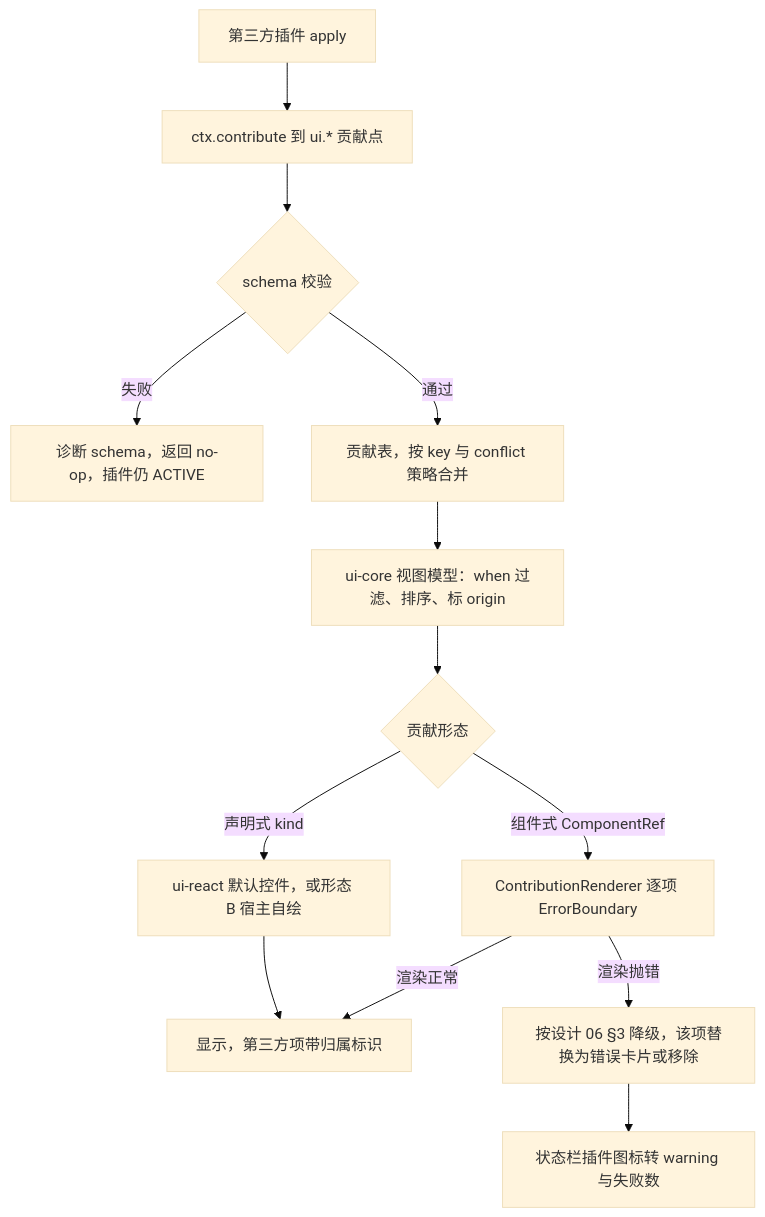
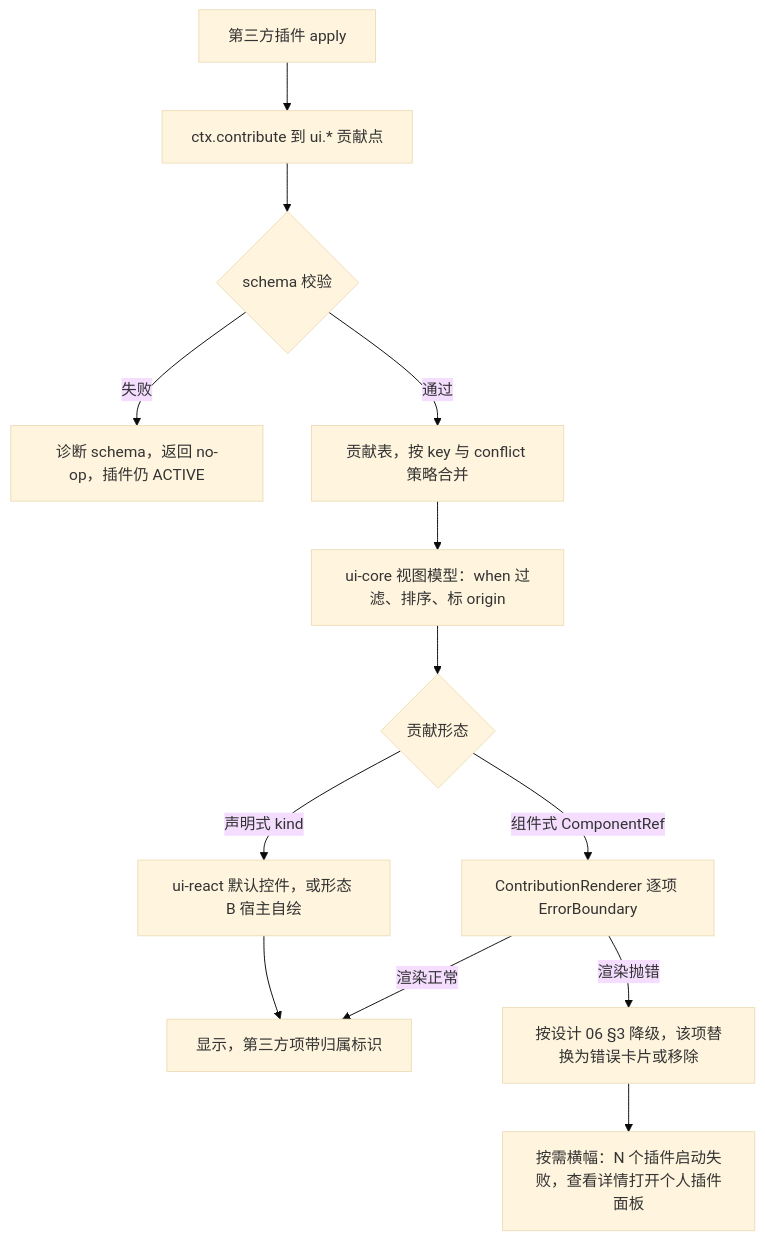
The seventh of 8 diagrams in docs/50-frontend/03-preset-assembly-and-plugins.md (Xeonice/cordis-ppt-editor), drawn with Mermaid (base theme) before and after one commit. The commit also changed other lines of this file and 25 other files, not shown here.

````diff
--- a/docs/50-frontend/03-preset-assembly-and-plugins.md
+++ b/docs/50-frontend/03-preset-assembly-and-plugins.md
@@ -374,15 +378,15 @@
 ```mermaid
 flowchart TB
   plugin["第三方插件 apply"] --> contribute["ctx.contribute 到 ui.* 贡献点"]
   contribute --> validate{"schema 校验"}
   validate -- "失败" --> diag["诊断 schema，返回 no-op，插件仍 ACTIVE"]
   validate -- "通过" --> table["贡献表，按 key 与 conflict 策略合并"]
   table --> viewModel["ui-core 视图模型：when 过滤、排序、标 origin"]
   viewModel --> kind{"贡献形态"}
   kind -- "声明式 kind" --> builtin["ui-react 默认控件，或形态 B 宿主自绘"]
   kind -- "组件式 ComponentRef" --> boundary["ContributionRenderer 逐项 ErrorBoundary"]
   boundary -- "渲染正常" --> shown["显示，第三方项带归属标识"]
   boundary -- "渲染抛错" --> degraded["按设计 06 §3 降级，该项替换为错误卡片或移除"]
-  degraded --> statusIcon["状态栏插件图标转 warning 与失败数"]
+  degraded --> banner["按需横幅：N 个插件启动失败，查看详情打开个人插件面板"]
   builtin --> shown
 ```
````
